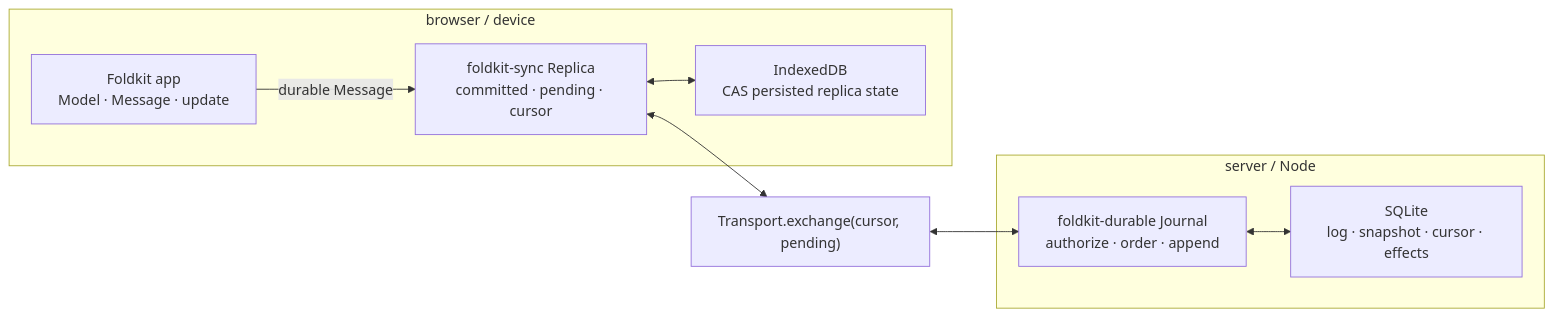
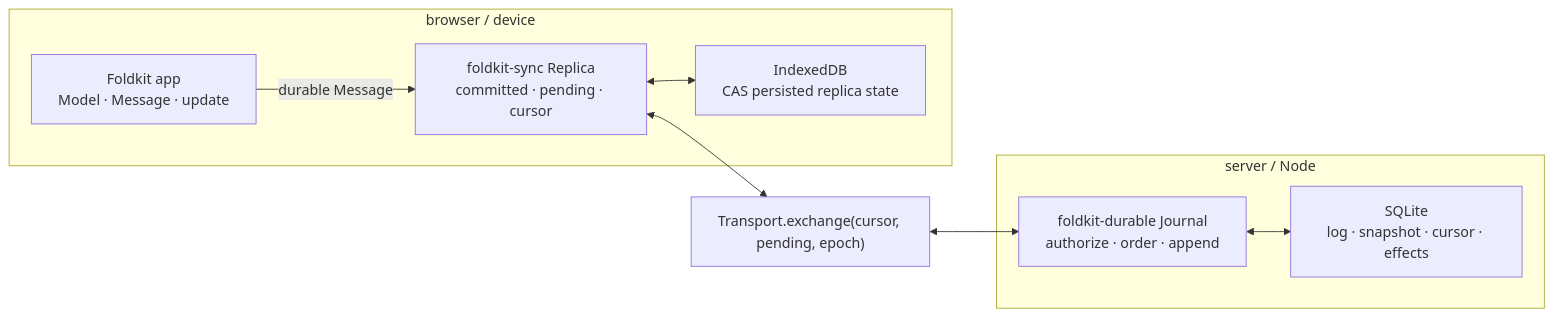
The diagram in docs/replication.md (doeixd/foldkit-plus), drawn with Mermaid before and after one commit. The commit also changed other lines of this file and 6 other files, not shown here.

````diff
--- a/docs/replication.md
+++ b/docs/replication.md
@@ -423,21 +423,21 @@
 ```mermaid
 flowchart LR
   subgraph client["browser / device"]
     app["Foldkit app<br/>Model · Message · update"]
     replica["foldkit-sync Replica<br/>committed · pending · cursor"]
     storage["IndexedDB<br/>CAS persisted replica state"]
     app -- "durable Message" --> replica
     replica <--> storage
   end
 
-  transport["Transport.exchange(cursor, pending)"]
+  transport["Transport.exchange(cursor, pending, epoch)"]
 
   subgraph server["server / Node"]
     durable["foldkit-durable Journal<br/>authorize · order · append"]
     sqlite["SQLite<br/>log · snapshot · cursor · effects"]
     durable <--> sqlite
   end
 
   replica <--> transport
   transport <--> durable
 ```
````
